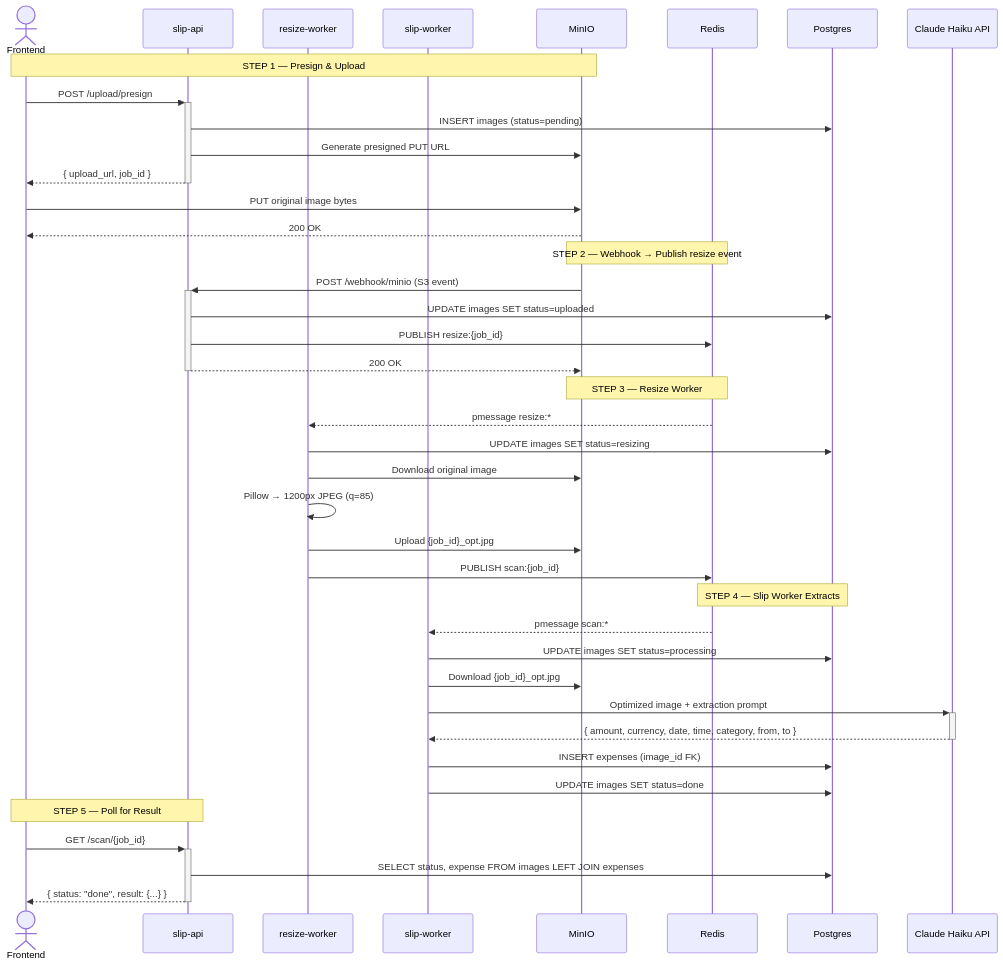
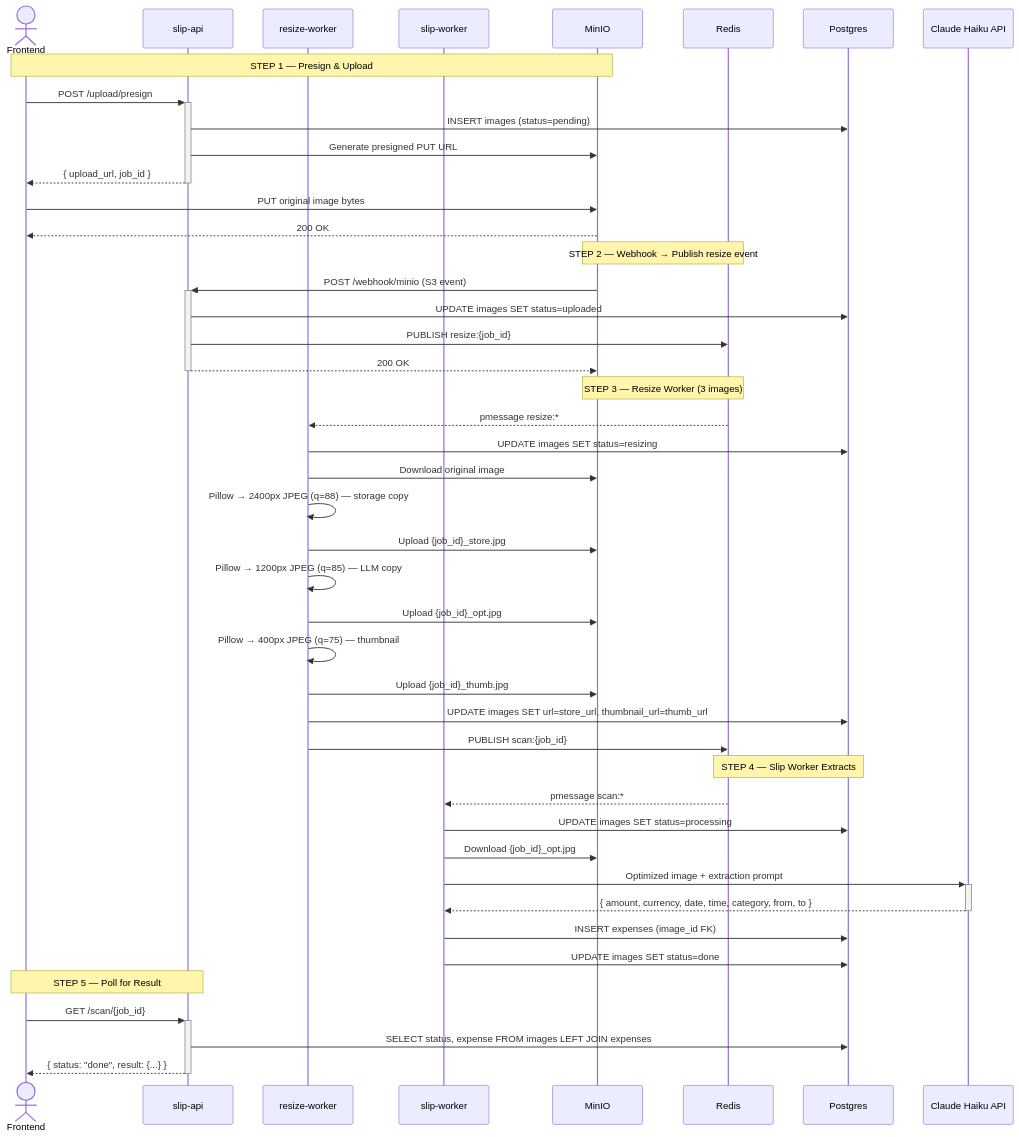
One commit to monkey-mode/woofjot changed the diagram in README.md. Above: the diagram before and after it, drawn with Mermaid. The commit also changed other lines of this file and 1 other file, not shown here.

````diff
--- a/README.md
+++ b/README.md
@@ -36,47 +36,52 @@
 ```mermaid
 sequenceDiagram
     actor Frontend
     participant SlipAPI as slip-api
     participant ResizeWorker as resize-worker
     participant SlipWorker as slip-worker
     participant MinIO
     participant Redis
     participant Postgres
     participant Claude as Claude Haiku API
 
     Note over Frontend,MinIO: STEP 1 — Presign & Upload
     Frontend->>+SlipAPI: POST /upload/presign
     SlipAPI->>Postgres: INSERT images (status=pending)
     SlipAPI->>MinIO: Generate presigned PUT URL
     SlipAPI-->>-Frontend: { upload_url, job_id }
     Frontend->>MinIO: PUT original image bytes
     MinIO-->>Frontend: 200 OK
 
     Note over MinIO,Redis: STEP 2 — Webhook → Publish resize event
     MinIO->>+SlipAPI: POST /webhook/minio (S3 event)
     SlipAPI->>Postgres: UPDATE images SET status=uploaded
     SlipAPI->>Redis: PUBLISH resize:{job_id}
     SlipAPI-->>-MinIO: 200 OK
 
-    Note over Redis,MinIO: STEP 3 — Resize Worker
+    Note over Redis,MinIO: STEP 3 — Resize Worker (3 images)
     Redis-->>ResizeWorker: pmessage resize:*
     ResizeWorker->>Postgres: UPDATE images SET status=resizing
     ResizeWorker->>MinIO: Download original image
-    ResizeWorker->>ResizeWorker: Pillow → 1200px JPEG (q=85)
+    ResizeWorker->>ResizeWorker: Pillow → 2400px JPEG (q=88) — storage copy
+    ResizeWorker->>MinIO: Upload {job_id}_store.jpg
+    ResizeWorker->>ResizeWorker: Pillow → 1200px JPEG (q=85) — LLM copy
     ResizeWorker->>MinIO: Upload {job_id}_opt.jpg
+    ResizeWorker->>ResizeWorker: Pillow → 400px JPEG (q=75) — thumbnail
+    ResizeWorker->>MinIO: Upload {job_id}_thumb.jpg
+    ResizeWorker->>Postgres: UPDATE images SET url=store_url, thumbnail_url=thumb_url
     ResizeWorker->>Redis: PUBLISH scan:{job_id}
 
     Note over Redis,Postgres: STEP 4 — Slip Worker Extracts
     Redis-->>SlipWorker: pmessage scan:*
     SlipWorker->>Postgres: UPDATE images SET status=processing
     SlipWorker->>MinIO: Download {job_id}_opt.jpg
     SlipWorker->>+Claude: Optimized image + extraction prompt
     Claude-->>-SlipWorker: { amount, currency, date, time, category, from, to }
     SlipWorker->>Postgres: INSERT expenses (image_id FK)
     SlipWorker->>Postgres: UPDATE images SET status=done
 
     Note over Frontend,SlipAPI: STEP 5 — Poll for Result
     Frontend->>+SlipAPI: GET /scan/{job_id}
     SlipAPI->>Postgres: SELECT status, expense FROM images LEFT JOIN expenses
     SlipAPI-->>-Frontend: { status: "done", result: {...} }
 ```
````
